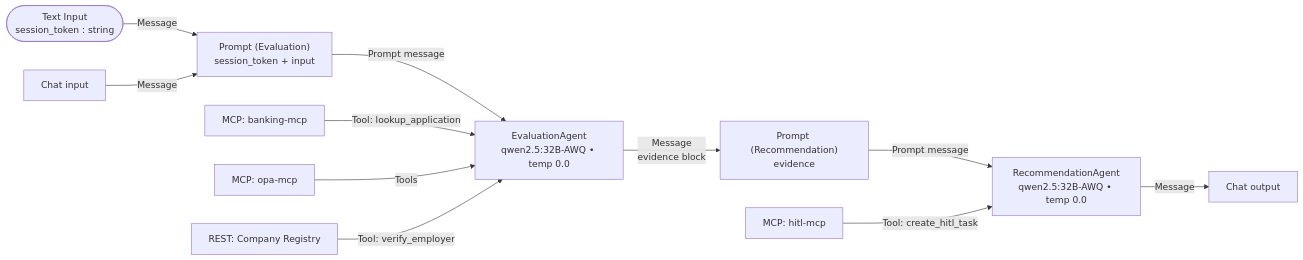
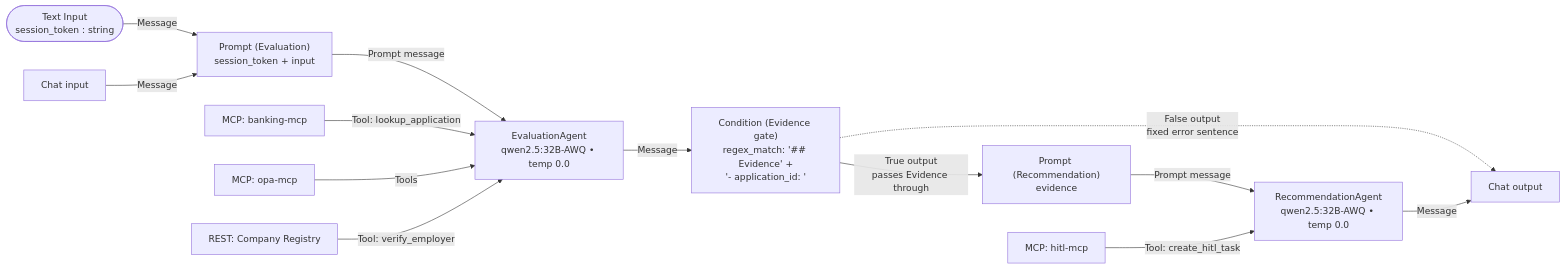
The diagram in paf/flows/CHAT_WORKFLOW.md (vmleon/oracle-database-private-agent-factory-poc), drawn with Mermaid before and after one commit. The commit also changed other lines of this file, not shown here.

Commit message:
docs(chat_workflow): add condition gate; tighten both agent CIs

````diff
--- a/paf/flows/CHAT_WORKFLOW.md
+++ b/paf/flows/CHAT_WORKFLOW.md
@@ -70,15 +70,18 @@
 ```mermaid
 flowchart LR
     TOK(["Text Input<br/>session_token : string"]) -->|Message| EP
     CI["Chat input"] -->|Message| EP
     EP["Prompt (Evaluation)<br/>session_token + input"] -->|Prompt message| EA
     BNK["MCP: banking-mcp"] -->|Tool: lookup_application| EA
     OPA["MCP: opa-mcp"] -->|Tools| EA["EvaluationAgent<br/>qwen2.5:32B-AWQ • temp 0.0"]
     REG["REST: Company Registry"] -->|Tool: verify_employer| EA
 
-    EA -->|Message<br/>evidence block| RP["Prompt (Recommendation)<br/>evidence"]
+    EA -->|Message| GATE["Condition (Evidence gate)<br/>regex_match: '## Evidence' +<br/>'- application_id: <int>'"]
+    GATE -->|True output<br/>passes Evidence through| RP["Prompt (Recommendation)<br/>evidence"]
+    GATE -.->|False output<br/>fixed error sentence| CO["Chat output"]
+
     RP -->|Prompt message| RA["RecommendationAgent<br/>qwen2.5:32B-AWQ • temp 0.0"]
     HITL["MCP: hitl-mcp"] -->|Tool: create_hitl_task| RA
 
     RA -->|Message| CO["Chat output"]
 ```
````
